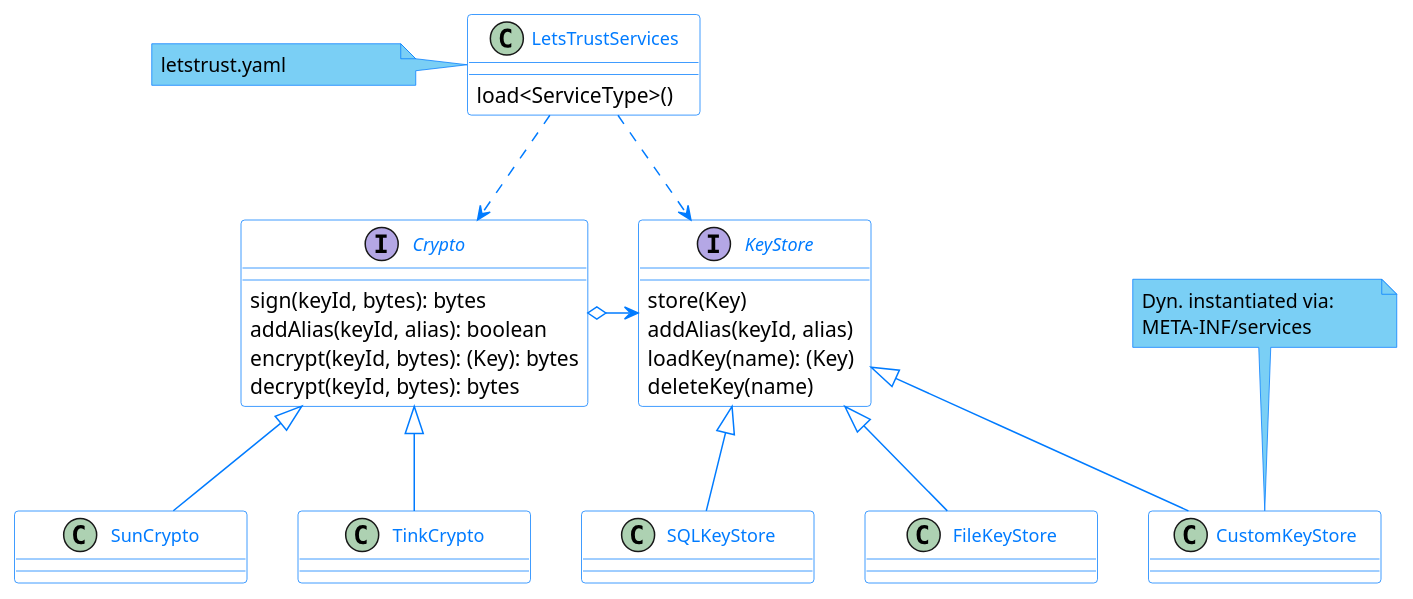
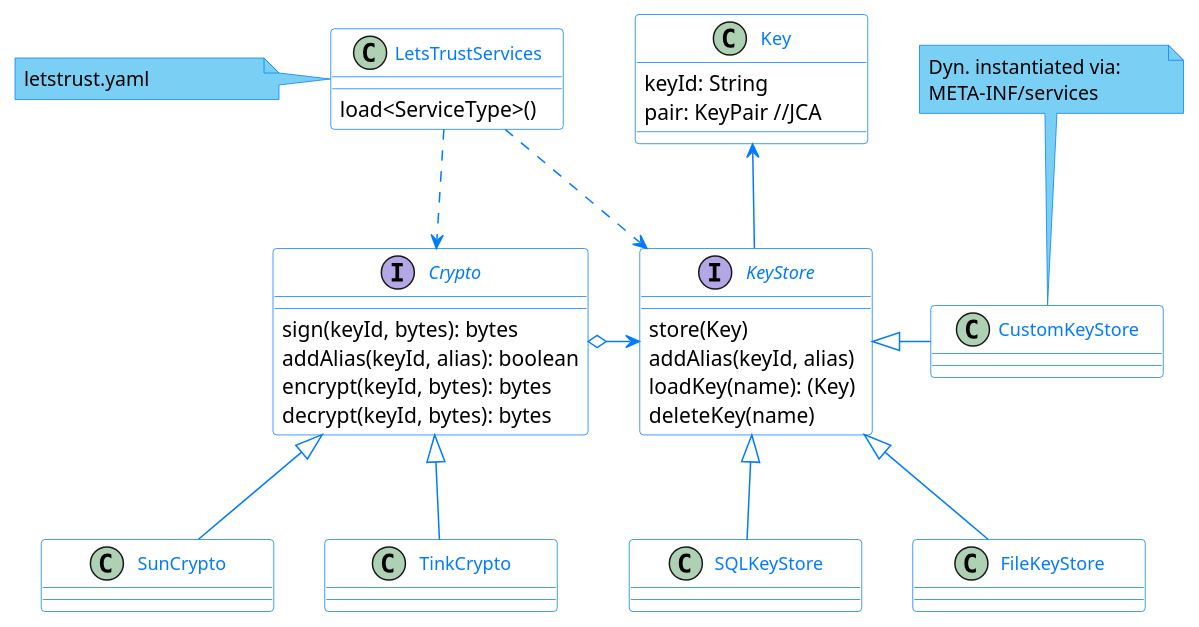
The diagram in docs/architecture-crypto-and-keymanagement.puml (walt-id/waltid-ssikit), drawn with PlantUML before and after one commit.

Commit message:
Added class Key

```diff
--- a/docs/architecture-crypto-and-keymanagement.puml
+++ b/docs/architecture-crypto-and-keymanagement.puml
@@ -1,78 +1,86 @@
 @startuml
 'https://plantuml.com/class-diagram
 
 skinparam classFontColor 007BFF
 skinparam classFontSize 12
 skinparam classFontName Aapex
 skinparam backgroundColor white
 skinparam minClassWidth 155
 skinparam nodesep 34
 skinparam ranksep 70
 
 skinparam class {
 BorderColor 007BFF
 ArrowColor 007BFF
 BackgroundColor white
 }
 
 skinparam interface {
 BorderColor 007BFF
 ArrowColor 007BFF
 }
 
 skinparam note {
 BorderColor 007BFF
 BackgroundColor 7ACFF5
 }
 
 note as ConfNote
   letstrust.yaml
 end note
 
 class LetsTrustServices {
 load<ServiceType>()
 }
 
 ConfNote -right- LetsTrustServices
 
 LetsTrustServices ..> Crypto
 LetsTrustServices ..> KeyStore
 
 interface Crypto  {
 sign(keyId, bytes): bytes
 addAlias(keyId, alias): boolean
-encrypt(keyId, bytes): (Key): bytes
+encrypt(keyId, bytes): bytes
 decrypt(keyId, bytes): bytes
 }
 
 interface KeyStore {
 store(Key)
 addAlias(keyId, alias)
 loadKey(name): (Key)
 deleteKey(name)
 }
+
+class Key {
+keyId: String
+pair: KeyPair //JCA
+}
+
+KeyStore -up-> Key
 
 class SQLKeyStore  {}
 class FileKeyStore  {}
 class CustomKeyStore  {}
 
 note as CustomKeyStoreNote
   Dyn. instantiated via:
   META-INF/services
 end note
 
 CustomKeyStoreNote --> CustomKeyStore
 
+KeyStore <|-right- CustomKeyStore
 KeyStore <|-- SQLKeyStore
 KeyStore <|-- FileKeyStore
-KeyStore <|-- CustomKeyStore
+
 
 Crypto <|-- SunCrypto
 Crypto <|-- TinkCrypto
 
 Crypto o-right-> KeyStore
 
 
 
 
 @enduml
```
